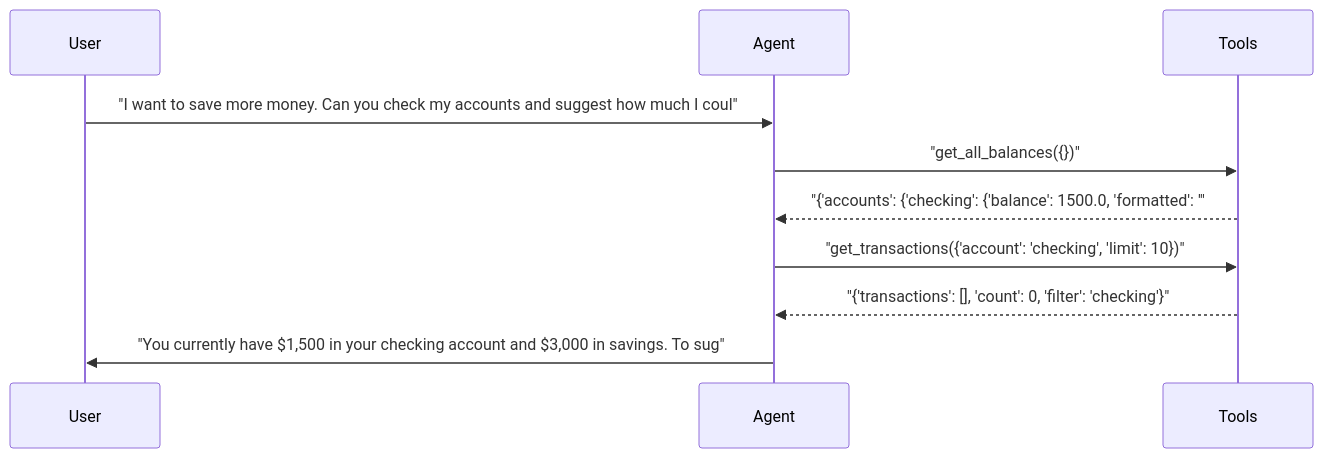
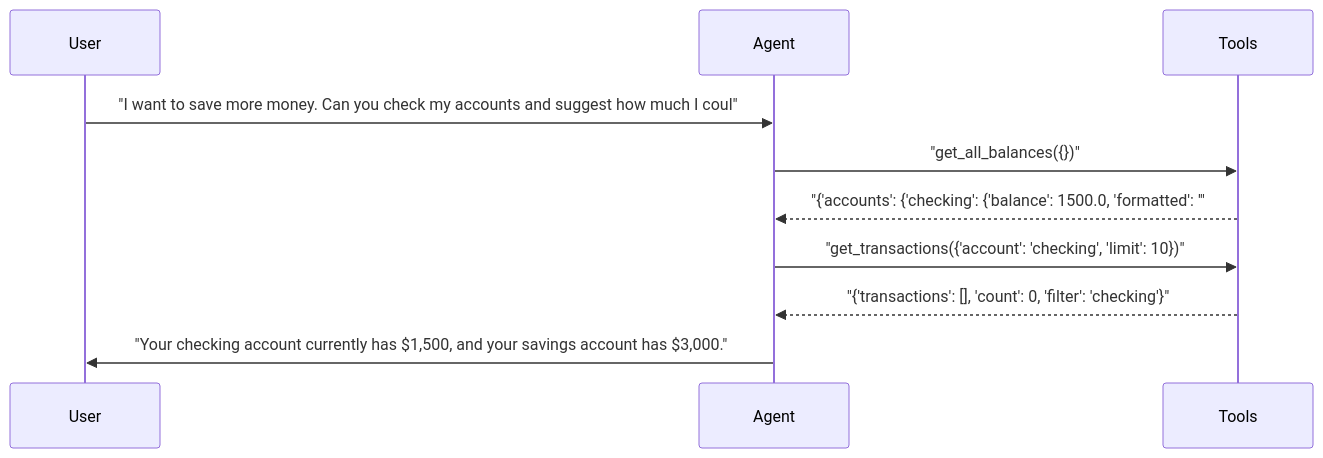
One commit to sbroenne/pytest-aitest changed diagram 13 of 25 in docs/demo/hero-report.md. Above: the diagram before and after it, drawn with Mermaid. The commit also changed other lines of this file and 22 other files, not shown here.

````diff
--- a/docs/demo/hero-report.md
+++ b/docs/demo/hero-report.md
@@ -601,13 +706,13 @@
 ```mermaid
 sequenceDiagram
     participant User
     participant Agent
     participant Tools
 
     User->>Agent: "I want to save more money. Can you check my accounts and suggest how much I coul"
     Agent->>Tools: "get_all_balances({})"
     Tools-->>Agent: "{'accounts': {'checking': {'balance': 1500.0, 'formatted': '"
     Agent->>Tools: "get_transactions({'account': 'checking', 'limit': 10})"
     Tools-->>Agent: "{'transactions': [], 'count': 0, 'filter': 'checking'}"
-    Agent->>User: "You currently have $1,500 in your checking account and $3,000 in savings. To sug"
+    Agent->>User: "Your checking account currently has $1,500, and your savings account has $3,000."
 ```
````
